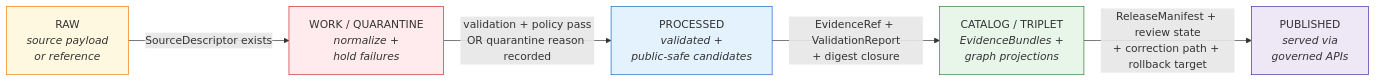
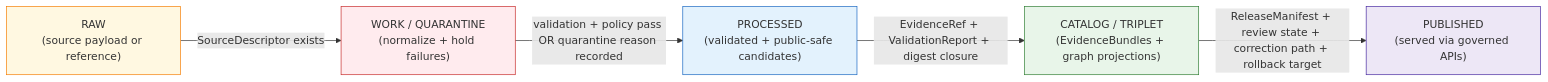
The second of 2 diagrams in docs/domains/roads-rail-trade/README.md (bartytime4life/Kansas-Frontier-Matrix), drawn with Mermaid before and after one commit. The commit also changed other lines of this file, not shown here.

````diff
--- a/docs/domains/roads-rail-trade/README.md
+++ b/docs/domains/roads-rail-trade/README.md
@@ -313,19 +341,19 @@
 ```mermaid
 flowchart LR
   classDef raw fill:#fff8e1,stroke:#f57c00;
   classDef work fill:#ffebee,stroke:#c62828;
   classDef proc fill:#e3f2fd,stroke:#1565c0;
   classDef cat fill:#e8f5e9,stroke:#2e7d32;
   classDef pub fill:#ede7f6,stroke:#4527a0;
 
-  RAW["RAW<br/><i>source payload<br/>or reference</i>"]:::raw
-  WQ["WORK / QUARANTINE<br/><i>normalize +<br/>hold failures</i>"]:::work
-  PROC["PROCESSED<br/><i>validated +<br/>public-safe candidates</i>"]:::proc
-  CAT["CATALOG / TRIPLET<br/><i>EvidenceBundles +<br/>graph projections</i>"]:::cat
-  PUB["PUBLISHED<br/><i>served via<br/>governed APIs</i>"]:::pub
+  RAW["RAW<br/>(source payload or reference)"]:::raw
+  WQ["WORK / QUARANTINE<br/>(normalize + hold failures)"]:::work
+  PROC["PROCESSED<br/>(validated + public-safe candidates)"]:::proc
+  CAT["CATALOG / TRIPLET<br/>(EvidenceBundles + graph projections)"]:::cat
+  PUB["PUBLISHED<br/>(served via governed APIs)"]:::pub
 
   RAW -- "SourceDescriptor exists" --> WQ
-  WQ  -- "validation + policy pass<br/>OR quarantine reason recorded" --> PROC
-  PROC -- "EvidenceRef + ValidationReport<br/>+ digest closure" --> CAT
-  CAT -- "ReleaseManifest + review state<br/>+ correction path + rollback target" --> PUB
+  WQ  -- "validation + policy pass OR quarantine reason recorded" --> PROC
+  PROC -- "EvidenceRef + ValidationReport + digest closure" --> CAT
+  CAT -- "ReleaseManifest + review state + correction path + rollback target" --> PUB
 ```
````
